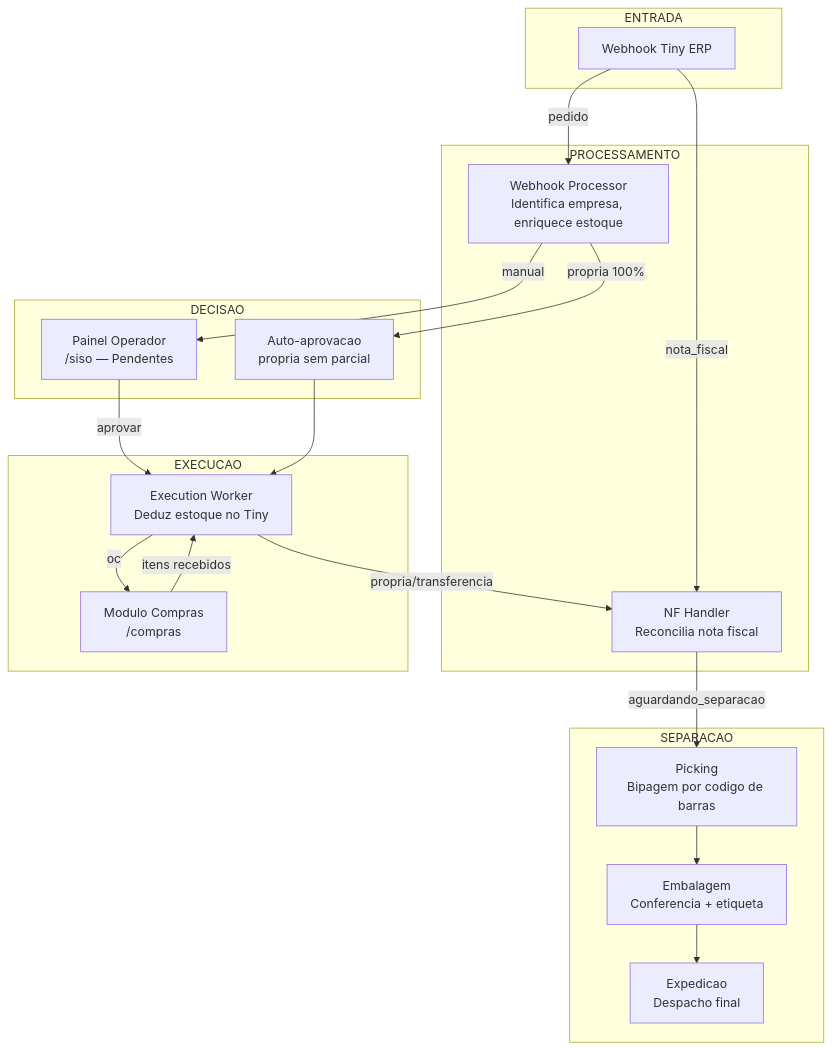
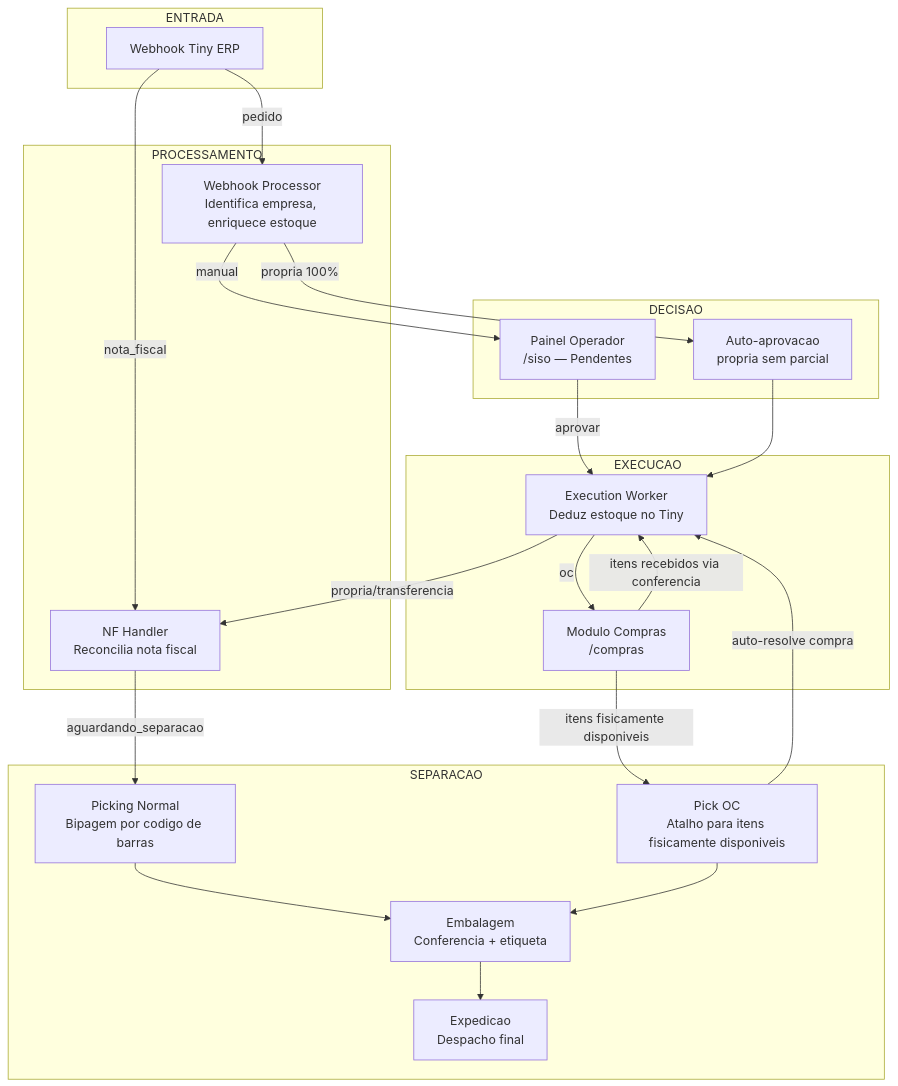
The first of 15 diagrams in docs/fluxos-siso.md (Eryk-dev/estoquelever), drawn with Mermaid before and after one commit. The commit also changed other lines of this file and 5 other files, not shown here.

````diff
--- a/docs/fluxos-siso.md
+++ b/docs/fluxos-siso.md
@@ -5,40 +5,44 @@
 ```mermaid
 graph TB
     subgraph ENTRADA
         W[Webhook Tiny ERP]
     end
 
     subgraph PROCESSAMENTO
         WP[Webhook Processor<br/>Identifica empresa, enriquece estoque]
         NF[NF Handler<br/>Reconcilia nota fiscal]
     end
 
     subgraph DECISAO
         AUTO[Auto-aprovacao<br/>propria sem parcial]
         PAINEL[Painel Operador<br/>/siso — Pendentes]
     end
 
     subgraph EXECUCAO
         WORKER[Execution Worker<br/>Deduz estoque no Tiny]
         OC[Modulo Compras<br/>/compras]
     end
 
     subgraph SEPARACAO
-        SEP[Picking<br/>Bipagem por codigo de barras]
+        SEP[Picking Normal<br/>Bipagem por codigo de barras]
+        PICKOC[Pick OC<br/>Atalho para itens fisicamente disponiveis]
         EMB[Embalagem<br/>Conferencia + etiqueta]
         EXP[Expedicao<br/>Despacho final]
     end
 
     W -->|pedido| WP
     W -->|nota_fiscal| NF
     WP -->|propria 100%| AUTO
     WP -->|manual| PAINEL
     PAINEL -->|aprovar| WORKER
     AUTO --> WORKER
     WORKER -->|propria/transferencia| NF
     WORKER -->|oc| OC
-    OC -->|itens recebidos| WORKER
+    OC -->|itens recebidos via conferencia| WORKER
+    OC -->|itens fisicamente disponiveis| PICKOC
+    PICKOC -->|auto-resolve compra| WORKER
     NF -->|aguardando_separacao| SEP
     SEP --> EMB
+    PICKOC --> EMB
     EMB --> EXP
 ```
````
